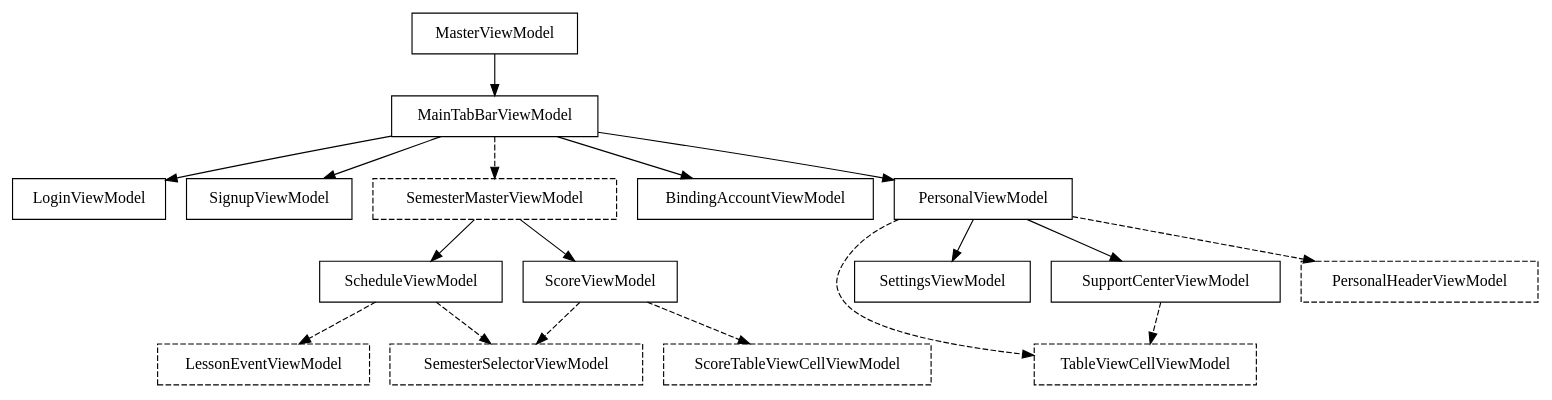
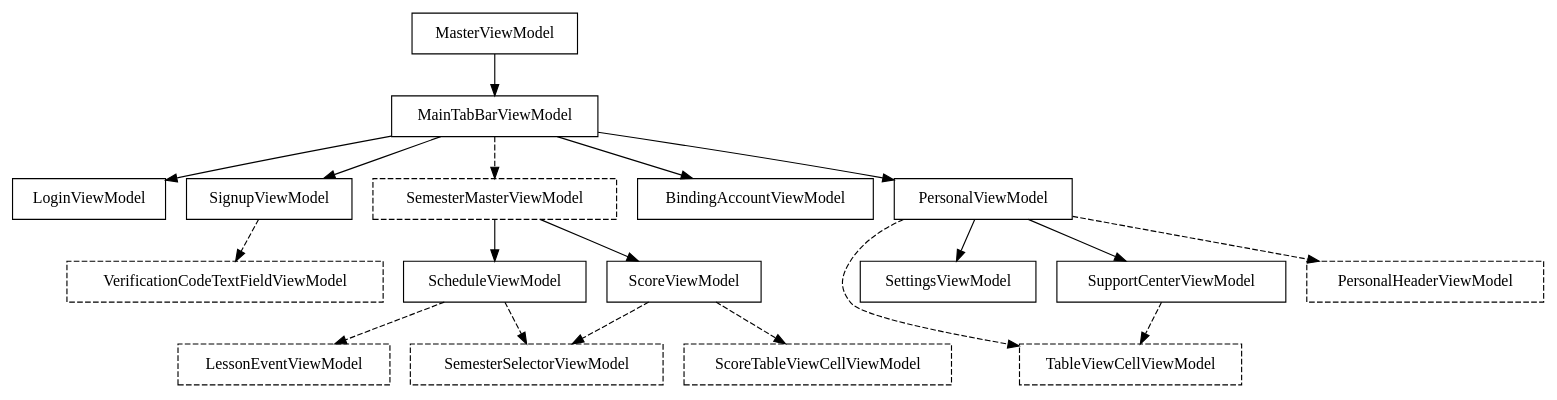
Before and after one commit to ty0x2333/XujcClient-iOS: the diagram in Graphviz/ViewModel.dot, drawn with Graphviz.

Commit message:
M Graphviz ViewModel add VerificationCodeTextFieldViewModel

```diff
--- a/Graphviz/ViewModel.dot
+++ b/Graphviz/ViewModel.dot
@@ -1,35 +1,37 @@
 digraph ViewModel{
 	node[shape = record];
 
 	MasterViewModel->MainTabBarViewModel;
 
 	MainTabBarViewModel->LoginViewModel;
 	MainTabBarViewModel->SignupViewModel;
+	SignupViewModel->VerificationCodeTextFieldViewModel[style = dashed];
+	VerificationCodeTextFieldViewModel[style = dashed];
 	MainTabBarViewModel->SemesterMasterViewModel[style = dashed];
 	MainTabBarViewModel->BindingAccountViewModel;
 	MainTabBarViewModel->PersonalViewModel;
 
 	SemesterMasterViewModel[style = dashed];
 	SemesterMasterViewModel->ScheduleViewModel;
 	SemesterMasterViewModel->ScoreViewModel;
 
 	ScheduleViewModel->LessonEventViewModel[style = dashed];
 	ScheduleViewModel->SemesterSelectorViewModel[style = dashed];
 	LessonEventViewModel[style = dashed];
 
 	ScoreViewModel->ScoreTableViewCellViewModel[style = dashed];
 	ScoreViewModel->SemesterSelectorViewModel[style = dashed];
 	ScoreTableViewCellViewModel[style = dashed];
 
 	SemesterSelectorViewModel[style = dashed];
 
 	TableViewCellViewModel[style = dashed];
 
 	PersonalViewModel->SettingsViewModel;
 	PersonalViewModel->SupportCenterViewModel;
 	PersonalViewModel->PersonalHeaderViewModel[style = dashed];
 	PersonalViewModel->TableViewCellViewModel[style = dashed];
 	PersonalHeaderViewModel[style = dashed];
 
 	SupportCenterViewModel->TableViewCellViewModel[style = dashed];
 }
```
